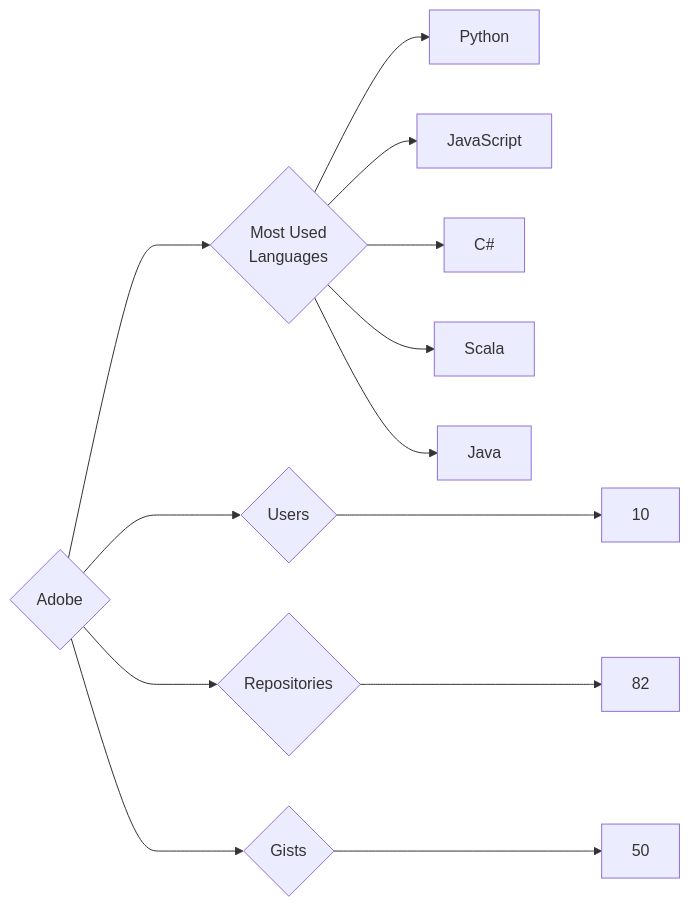
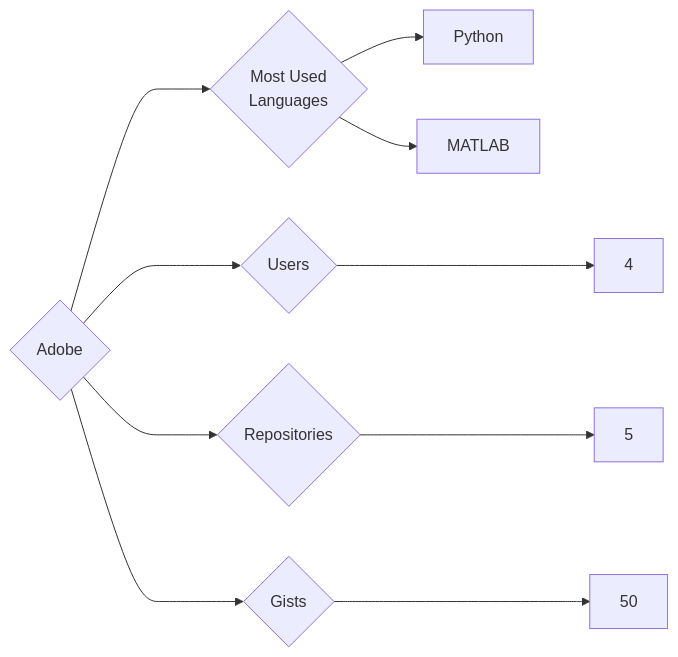
The diagram in targets/Adobe/README.md (trickest/insiders), drawn with Mermaid before and after one commit. The commit also changed 1170 other files, not shown here.

````diff
--- a/targets/Adobe/README.md
+++ b/targets/Adobe/README.md
@@ -3,13 +3,10 @@
 ```mermaid
 graph LR
 COMPANY_NAME{Adobe}
-COMPANY_NAME ---> U{Users} ---> UN[10]
-COMPANY_NAME ---> R{Repositories} ---> RN[82]
+COMPANY_NAME ---> U{Users} ---> UN[4]
+COMPANY_NAME ---> R{Repositories} ---> RN[5]
 COMPANY_NAME ---> G{Gists} ---> GN[50]
 COMPANY_NAME ---> ML{Most Used<br>Languages}
 ML --> Python[Python]
-ML --> JavaScript[JavaScript]
-ML --> C#[C#]
-ML --> Scala[Scala]
-ML --> Java[Java]
+ML --> MATLAB[MATLAB]
 ```
````
